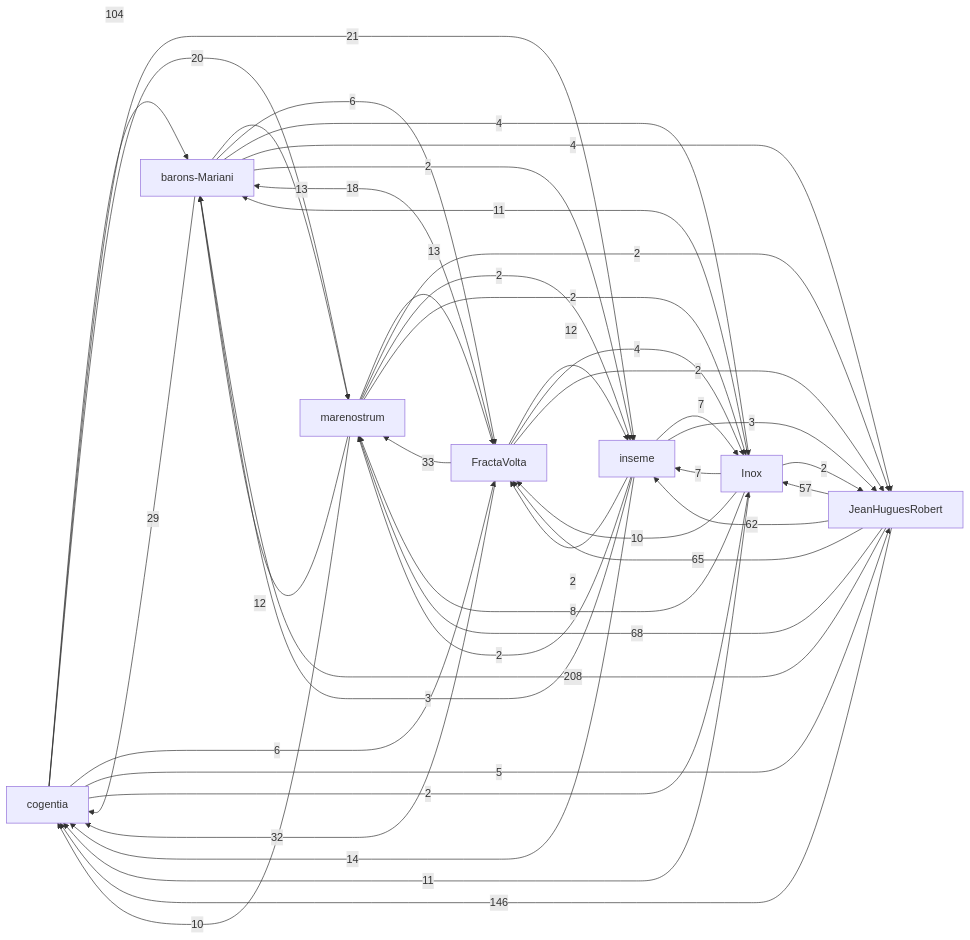
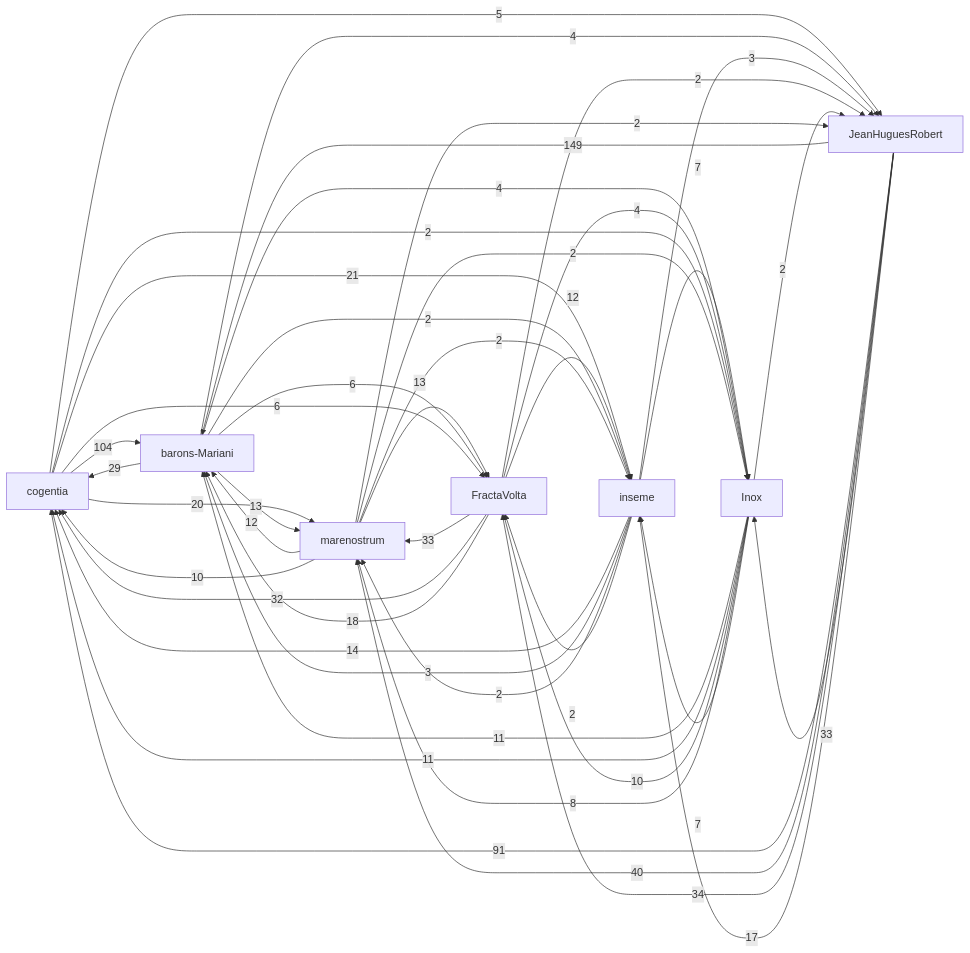
The diagram in research/corpus-status.md (JeanHuguesRobert/JeanHuguesRobert), drawn with Mermaid before and after one commit. The commit also changed other lines of this file and 3 other files, not shown here.

````diff
--- a/research/corpus-status.md
+++ b/research/corpus-status.md
@@ -40,52 +40,52 @@
 ```mermaid
 graph LR
   r_cogentia["cogentia"]
   r_fractavolta["FractaVolta"]
   r_marenostrum["marenostrum"]
   r_barons_mariani["barons-Mariani"]
   r_inseme["inseme"]
   r_inox["Inox"]
   r_jeanhuguesrobert["JeanHuguesRobert"]
-  r_jeanhuguesrobert -->|208| r_barons_mariani
-  r_jeanhuguesrobert -->|146| r_cogentia
+  r_jeanhuguesrobert -->|149| r_barons_mariani
   r_cogentia -->|104| r_barons_mariani
-  r_jeanhuguesrobert -->|68| r_marenostrum
-  r_jeanhuguesrobert -->|65| r_fractavolta
-  r_jeanhuguesrobert -->|62| r_inseme
-  r_jeanhuguesrobert -->|57| r_inox
+  r_jeanhuguesrobert -->|91| r_cogentia
+  r_jeanhuguesrobert -->|40| r_marenostrum
+  r_jeanhuguesrobert -->|34| r_fractavolta
   r_fractavolta -->|33| r_marenostrum
+  r_jeanhuguesrobert -->|33| r_inox
   r_fractavolta -->|32| r_cogentia
   r_barons_mariani -->|29| r_cogentia
   r_cogentia -->|21| r_inseme
   r_cogentia -->|20| r_marenostrum
   r_fractavolta -->|18| r_barons_mariani
+  r_jeanhuguesrobert -->|17| r_inseme
   r_inseme -->|14| r_cogentia
   r_barons_mariani -->|13| r_marenostrum
   r_marenostrum -->|13| r_fractavolta
   r_fractavolta -->|12| r_inseme
   r_marenostrum -->|12| r_barons_mariani
   r_inox -->|11| r_barons_mariani
   r_inox -->|11| r_cogentia
   r_inox -->|10| r_fractavolta
   r_marenostrum -->|10| r_cogentia
   r_inox -->|8| r_marenostrum
   r_inox -->|7| r_inseme
   r_inseme -->|7| r_inox
   r_barons_mariani -->|6| r_fractavolta
   r_cogentia -->|6| r_fractavolta
   r_cogentia -->|5| r_jeanhuguesrobert
   r_barons_mariani -->|4| r_inox
   r_barons_mariani -->|4| r_jeanhuguesrobert
   r_fractavolta -->|4| r_inox
   r_inseme -->|3| r_barons_mariani
   r_inseme -->|3| r_jeanhuguesrobert
   r_barons_mariani -->|2| r_inseme
   r_cogentia -->|2| r_inox
   r_fractavolta -->|2| r_jeanhuguesrobert
   r_inox -->|2| r_jeanhuguesrobert
   r_inseme -->|2| r_marenostrum
   r_inseme -->|2| r_fractavolta
   r_marenostrum -->|2| r_jeanhuguesrobert
   r_marenostrum -->|2| r_inseme
   r_marenostrum -->|2| r_inox
 ```
````
